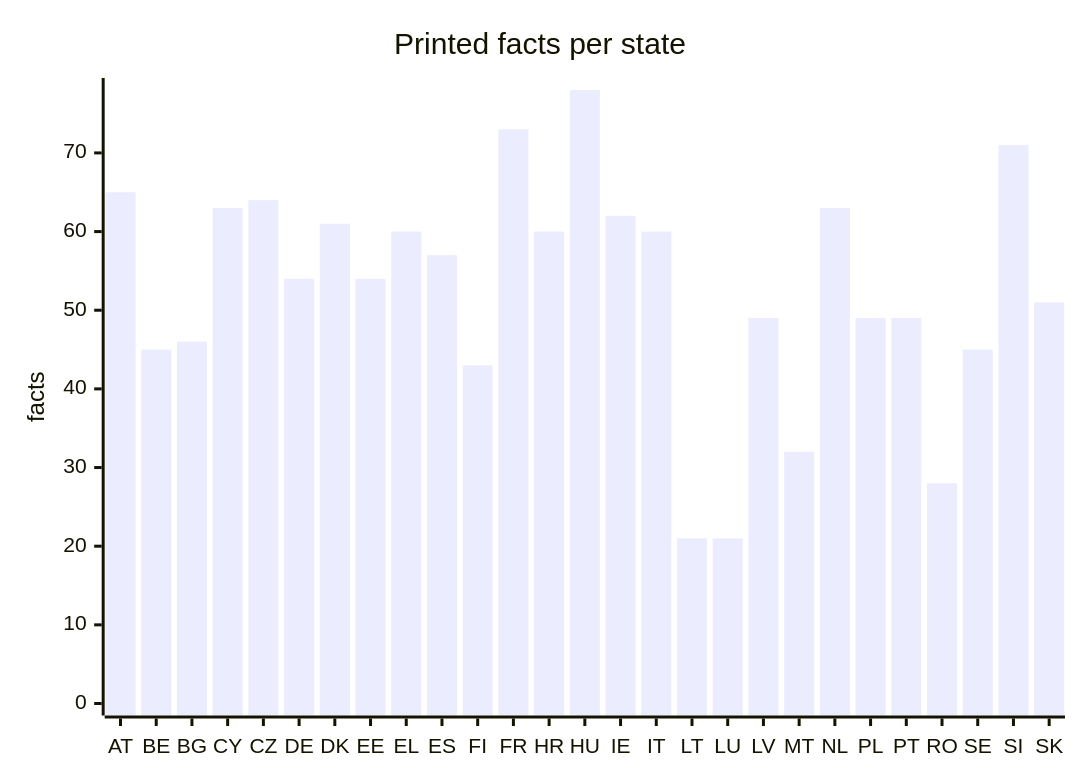
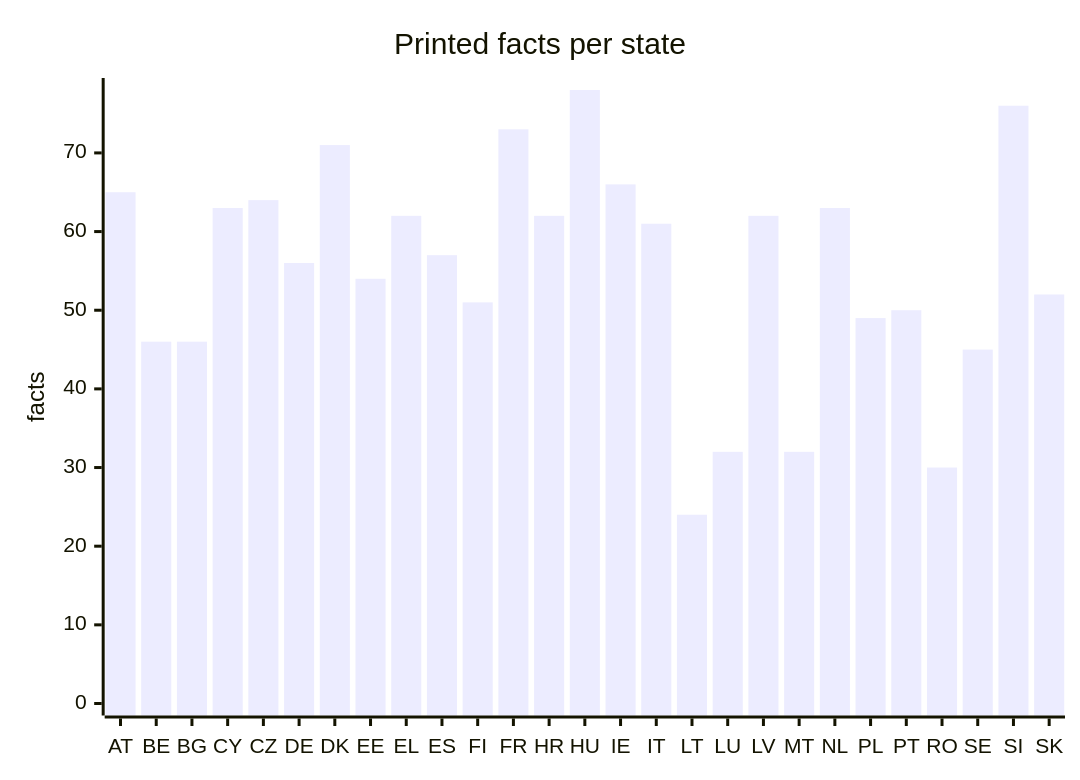
The fourth of 5 diagrams in docs/evidence.md (EU27-data-sovereignty/eu27-data-sovereignty), drawn with Mermaid before and after one commit. The commit also changed other lines of this file and 92 other files, not shown here.

````diff
--- a/docs/evidence.md
+++ b/docs/evidence.md
@@ -85,7 +85,7 @@
 ```mermaid
 xychart-beta
   title "Printed facts per state"
   x-axis [AT, BE, BG, CY, CZ, DE, DK, EE, EL, ES, FI, FR, HR, HU, IE, IT, LT, LU, LV, MT, NL, PL, PT, RO, SE, SI, SK]
   y-axis "facts" 0 --> 78
-  bar [65, 45, 46, 63, 64, 54, 61, 54, 60, 57, 43, 73, 60, 78, 62, 60, 21, 21, 49, 32, 63, 49, 49, 28, 45, 71, 51]
+  bar [65, 46, 46, 63, 64, 56, 71, 54, 62, 57, 51, 73, 62, 78, 66, 61, 24, 32, 62, 32, 63, 49, 50, 30, 45, 76, 52]
 ```
````
